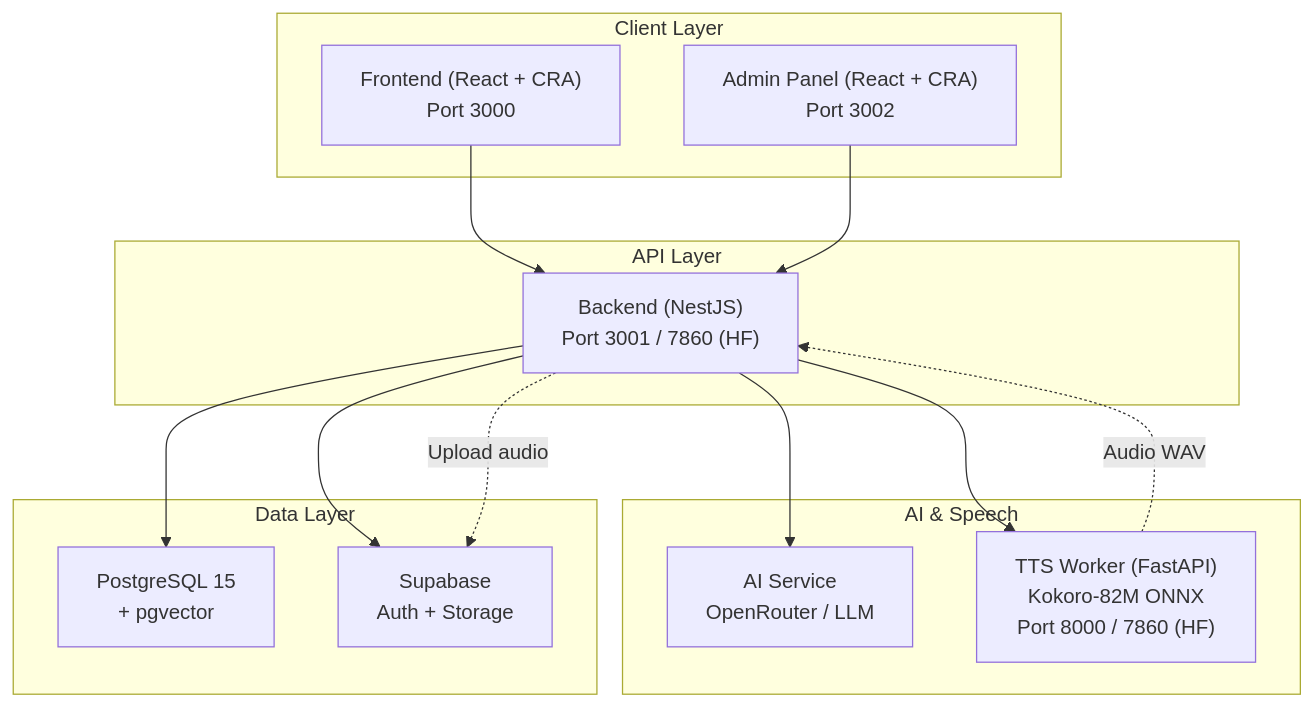
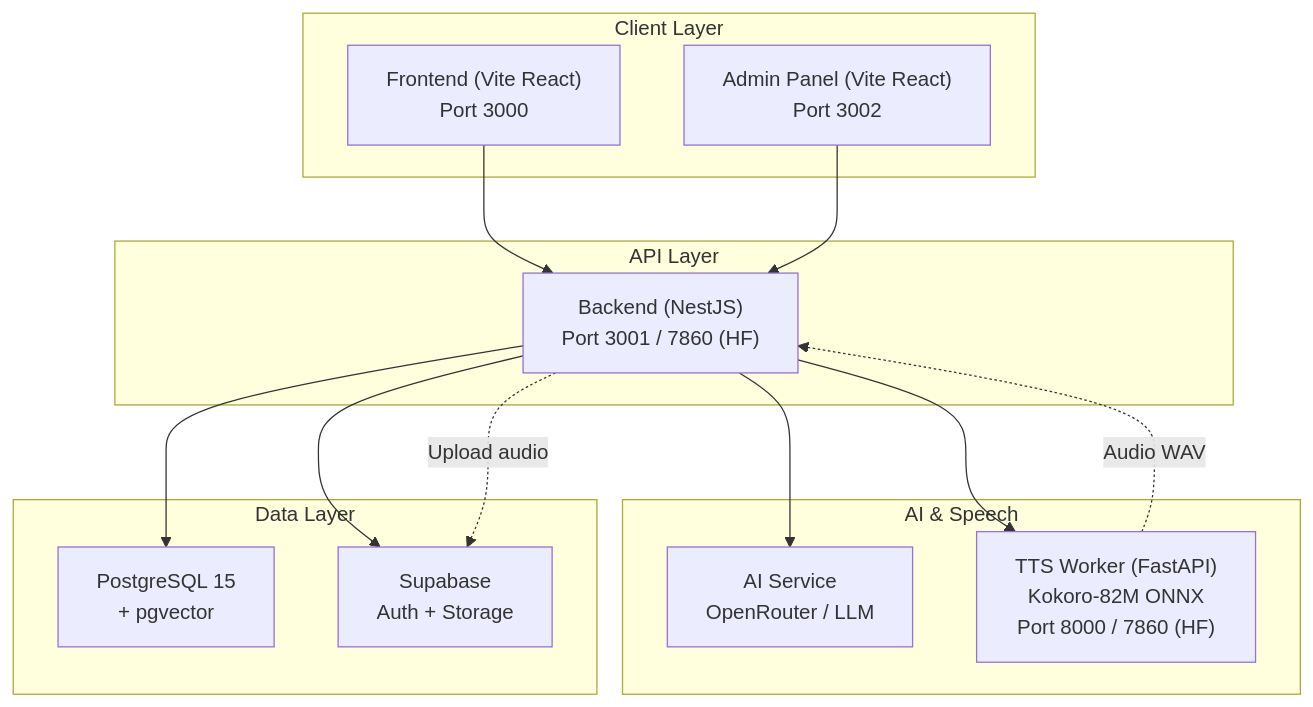
One commit to nxc1802/PhiloMind changed the first of 4 diagrams in docs/philomind_analysis.md. Above: the diagram before and after it, drawn with Mermaid. The commit also changed other lines of this file and 40 other files, not shown here.

````diff
--- a/docs/philomind_analysis.md
+++ b/docs/philomind_analysis.md
@@ -9,30 +9,30 @@
 ```mermaid
 graph TD
     subgraph "Client Layer"
-        FE["Frontend (React + CRA)<br/>Port 3000"]
-        ADMIN["Admin Panel (React + CRA)<br/>Port 3002"]
+        FE["Frontend (Vite React)<br/>Port 3000"]
+        ADMIN["Admin Panel (Vite React)<br/>Port 3002"]
     end
 
     subgraph "API Layer"
         BE["Backend (NestJS)<br/>Port 3001 / 7860 (HF)"]
     end
 
     subgraph "AI & Speech"
         AI["AI Service<br/>OpenRouter / LLM"]
         TTS["TTS Worker (FastAPI)<br/>Kokoro-82M ONNX<br/>Port 8000 / 7860 (HF)"]
     end
 
     subgraph "Data Layer"
         DB["PostgreSQL 15<br/>+ pgvector"]
         SUPA["Supabase<br/>Auth + Storage"]
     end
 
     FE --> BE
     ADMIN --> BE
     BE --> AI
     BE --> TTS
     BE --> DB
     BE --> SUPA
     TTS -.->|Audio WAV| BE
     BE -.->|Upload audio| SUPA
 ```
````
